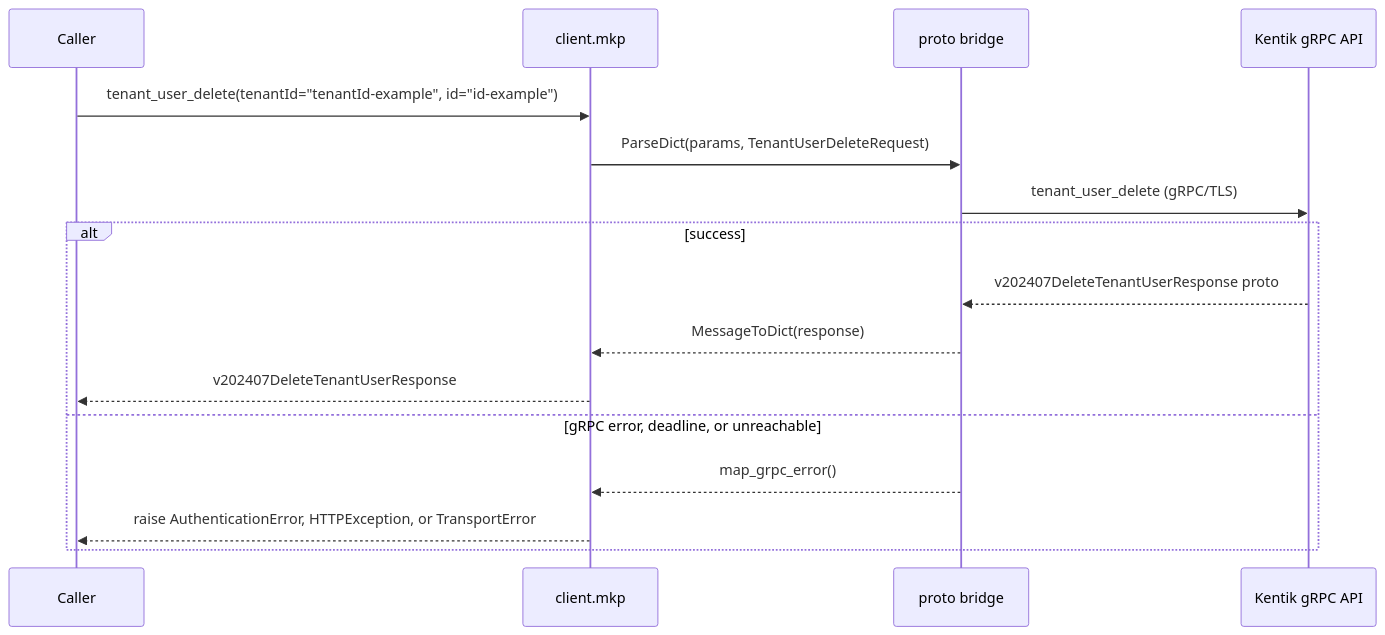
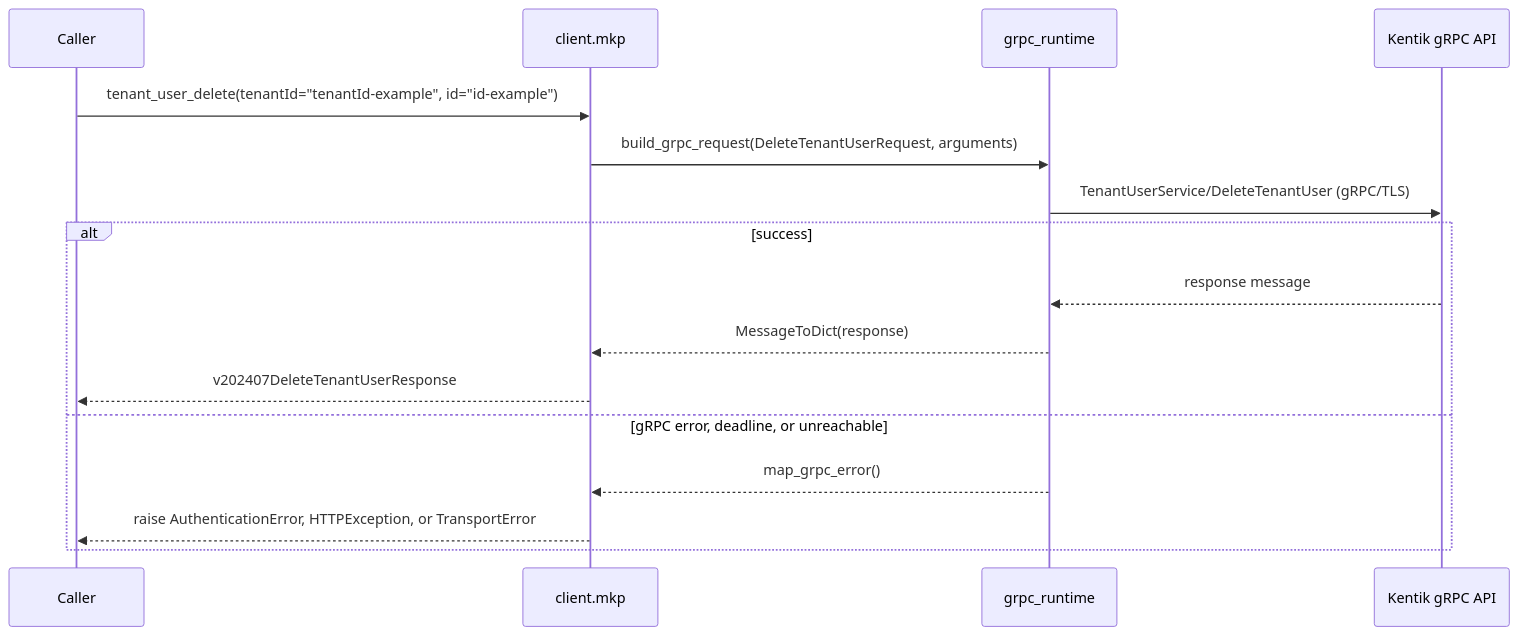
Before and after one commit to alexdearaujo/community_sdk_python: diagram 29 of 30 in docs/sphinx/services/mkp.md, drawn with Mermaid. The commit also changed other lines of this file and 37 other files, not shown here.

First line of the commit message:
docs: show the real RPC in each service page's gRPC diagram

````diff
--- a/docs/sphinx/services/mkp.md
+++ b/docs/sphinx/services/mkp.md
@@ -1043,19 +1043,19 @@
 ```mermaid
 sequenceDiagram
     participant C as Caller
     participant W as client.mkp
-    participant B as proto bridge
+    participant R as grpc_runtime
     participant API as Kentik gRPC API
 
     C->>W: tenant_user_delete(tenantId="tenantId-example", id="id-example")
-    W->>B: ParseDict(params, TenantUserDeleteRequest)
-    B->>API: tenant_user_delete (gRPC/TLS)
+    W->>R: build_grpc_request(DeleteTenantUserRequest, arguments)
+    R->>API: TenantUserService/DeleteTenantUser (gRPC/TLS)
     alt success
-        API-->>B: v202407DeleteTenantUserResponse proto
-        B-->>W: MessageToDict(response)
+        API-->>R: response message
+        R-->>W: MessageToDict(response)
         W-->>C: v202407DeleteTenantUserResponse
     else gRPC error, deadline, or unreachable
-        B-->>W: map_grpc_error()
+        R-->>W: map_grpc_error()
         W-->>C: raise AuthenticationError, HTTPException, or TransportError
     end
 ```
````
